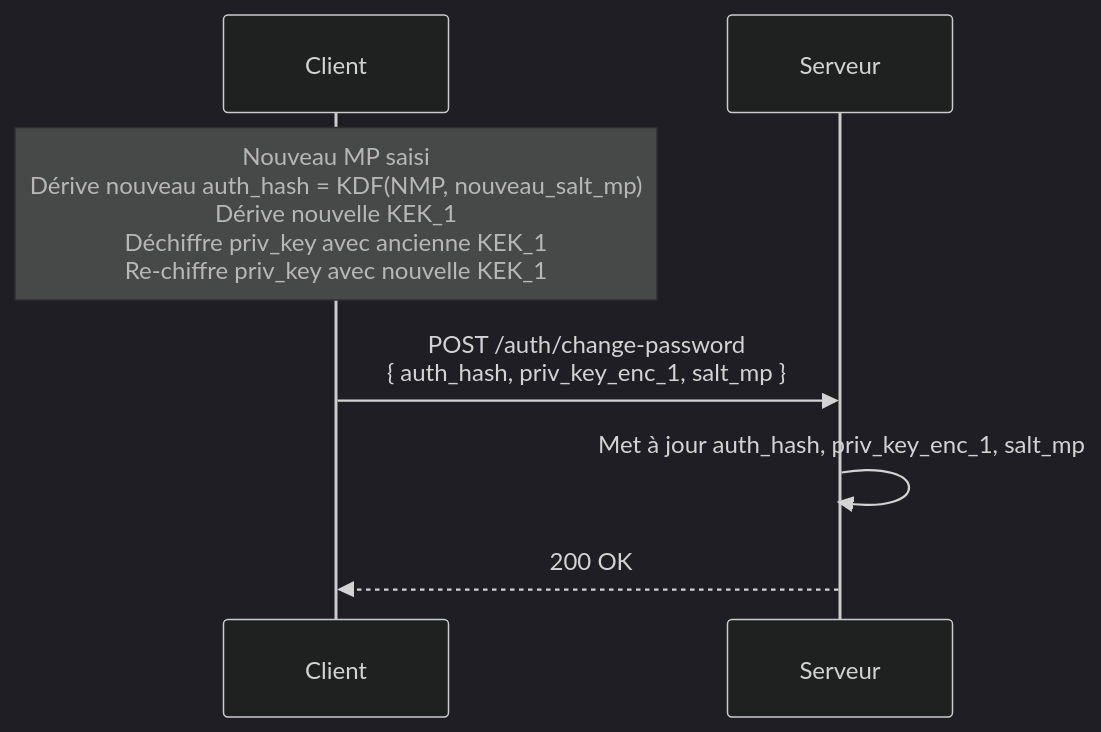
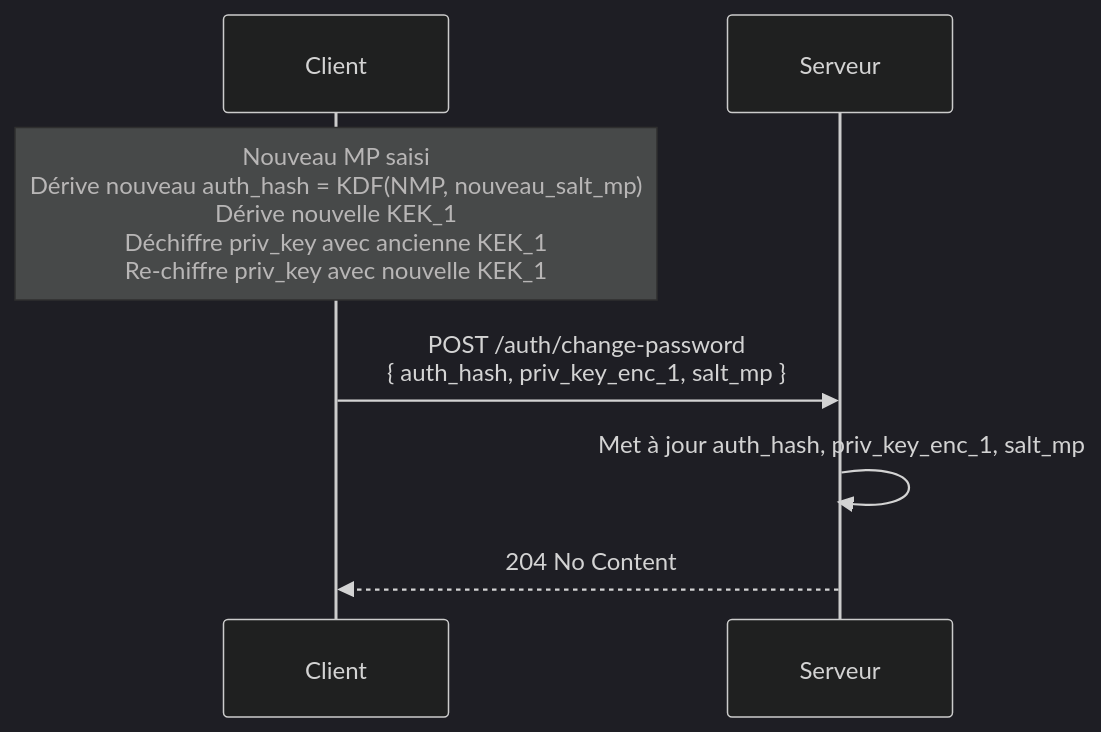
One commit to blind-storage/back-end changed the sixth of 6 diagrams in doc/auth.md. Above: the diagram before and after it, drawn with Mermaid (dark theme). The commit also changed 35 other files, not shown here.

````diff
--- a/doc/auth.md
+++ b/doc/auth.md
@@ -203,10 +203,10 @@
 ```mermaid
 sequenceDiagram
     participant C as Client
     participant S as Serveur
 
     Note over C: Nouveau MP saisi<br/>Dérive nouveau auth_hash = KDF(NMP, nouveau_salt_mp)<br/>Dérive nouvelle KEK_1<br/>Déchiffre priv_key avec ancienne KEK_1<br/>Re-chiffre priv_key avec nouvelle KEK_1
     C->>S: POST /auth/change-password<br/>{ auth_hash, priv_key_enc_1, salt_mp }
     S->>S: Met à jour auth_hash, priv_key_enc_1, salt_mp
-    S-->>C: 200 OK
+    S-->>C: 204 No Content
 ```
````
